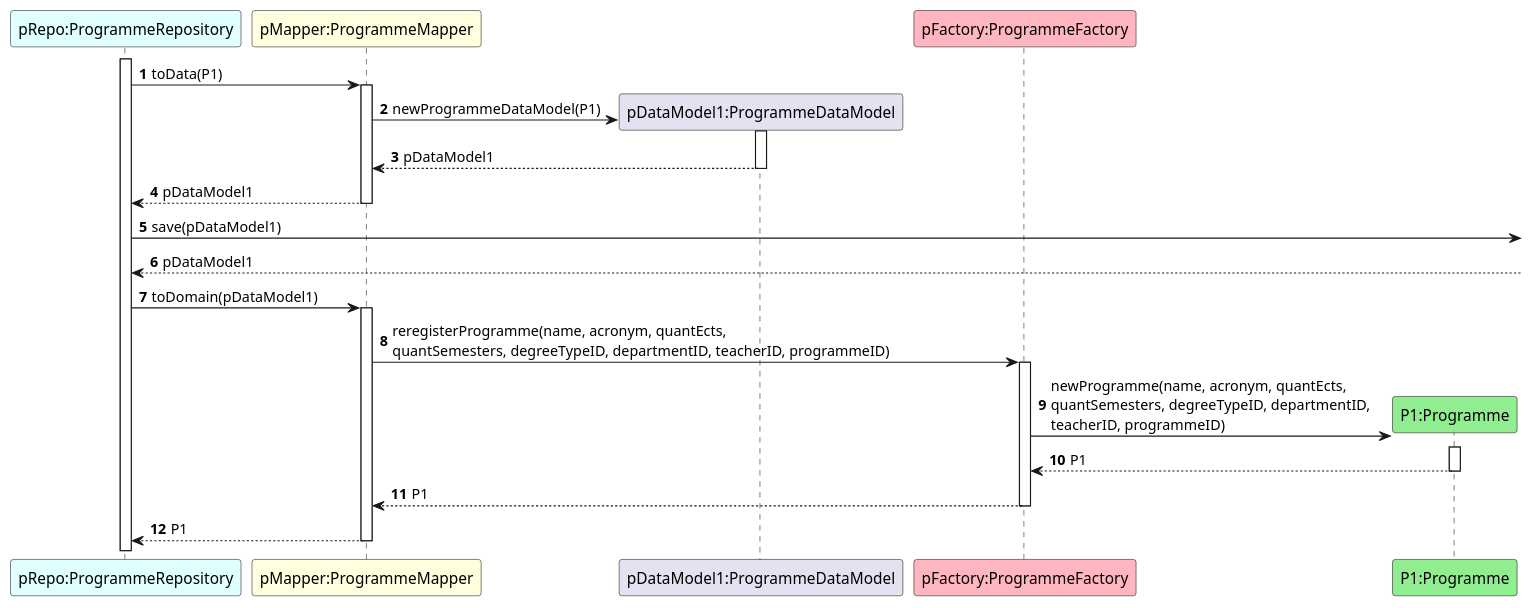
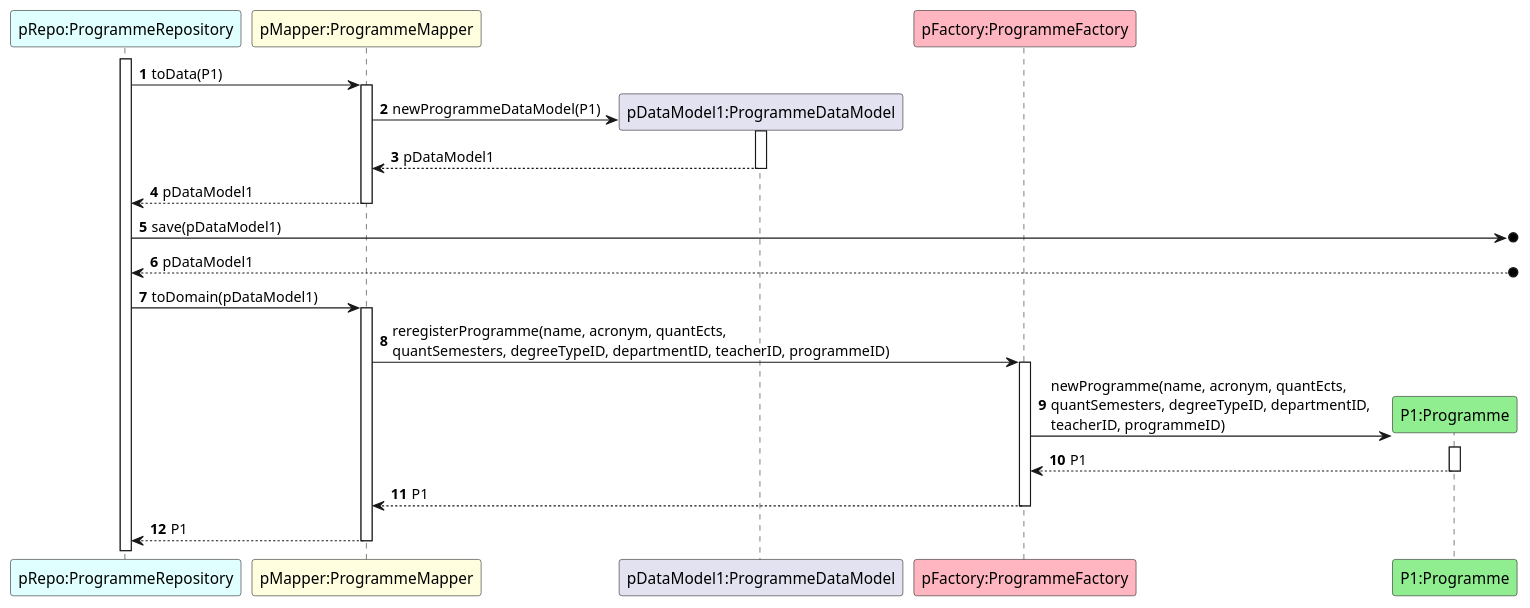
One commit to GasparISEP/DevOps-PAI changed the diagram in docs/US31/ScenarioView/References/Ref-saveInDatabase.puml. Above: the diagram before and after it, drawn with PlantUML. The commit also changed 5 other files, not shown here.

Commit message:
Ref #653: Refactor Scenario View diagrams to use o] notation for external interactions, and update Level 4 Scenario View diagram to reflect single-step form submission

```diff
--- a/docs/US31/ScenarioView/References/Ref-saveInDatabase.puml
+++ b/docs/US31/ScenarioView/References/Ref-saveInDatabase.puml
@@ -1,28 +1,28 @@
 @startuml
 autonumber
 
 participant "pRepo:ProgrammeRepository" as PR #lightcyan
 participant "pMapper:ProgrammeMapper" as M #lightyellow
 participant "pDataModel1:ProgrammeDataModel" as PDM
 participant "pFactory:ProgrammeFactory" as PF #lightpink
 participant "P1:Programme" as P #lightgreen
 
 activate PR
 PR -> M ++: toData(P1)
 
 M -> PDM**: newProgrammeDataModel(P1)
 activate PDM
 PDM --> M --: pDataModel1
 M --> PR --: pDataModel1
 
-PR -> : save(pDataModel1)
-PR <-- : pDataModel1
+PR ->o] : save(pDataModel1)
+PR <--o] : pDataModel1
 
 PR -> M++ : toDomain(pDataModel1)
 M -> PF++ : reregisterProgramme(name, acronym, quantEcts, \nquantSemesters, degreeTypeID, departmentID, teacherID, programmeID)
 PF -> P** : newProgramme(name, acronym, quantEcts, \nquantSemesters, degreeTypeID, departmentID, \nteacherID, programmeID)
 activate P
 P --> PF --: P1
 PF --> M --: P1
 M --> PR --: P1
 @enduml
```
